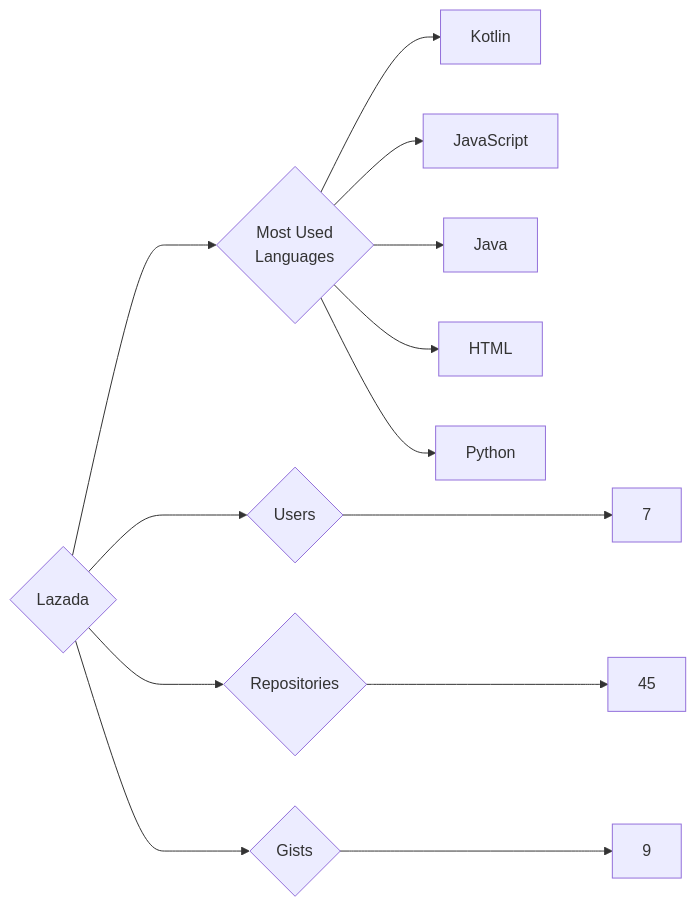
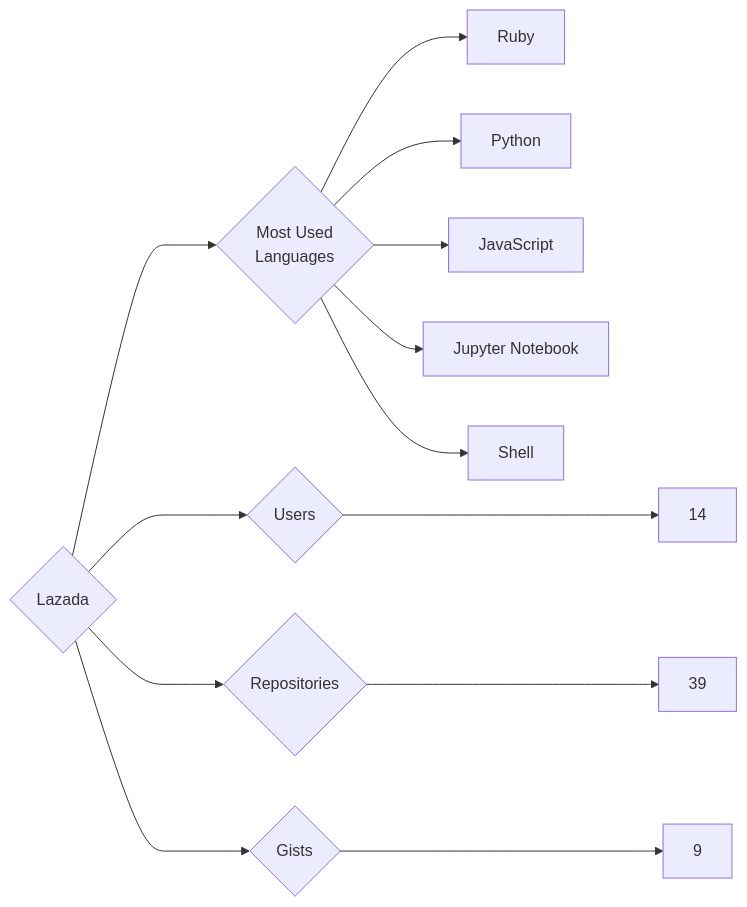
One commit to trickest/insiders changed the diagram in targets/Lazada/README.md. Above: the diagram before and after it, drawn with Mermaid. The commit also changed 845 other files, not shown here.

````diff
--- a/targets/Lazada/README.md
+++ b/targets/Lazada/README.md
@@ -3,13 +3,13 @@
 ```mermaid
 graph LR
 COMPANY_NAME{Lazada}
-COMPANY_NAME ---> U{Users} ---> UN[7]
-COMPANY_NAME ---> R{Repositories} ---> RN[45]
+COMPANY_NAME ---> U{Users} ---> UN[14]
+COMPANY_NAME ---> R{Repositories} ---> RN[39]
 COMPANY_NAME ---> G{Gists} ---> GN[9]
 COMPANY_NAME ---> ML{Most Used<br>Languages}
-ML --> Kotlin[Kotlin]
+ML --> Ruby[Ruby]
+ML --> Python[Python]
 ML --> JavaScript[JavaScript]
-ML --> Java[Java]
-ML --> HTML[HTML]
-ML --> Python[Python]
+ML --> Jupyter_Notebook[Jupyter Notebook]
+ML --> Shell[Shell]
 ```
````
